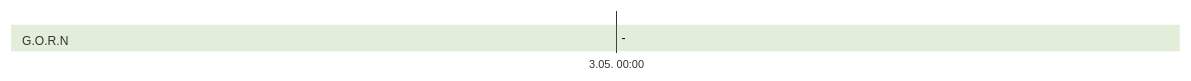
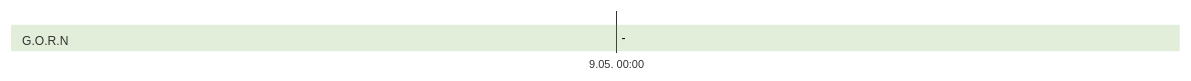
Diagram 16 of 20 in Kampagne/Timeline Kampagne 2.md (LorenJaffrey/DnD_PFT), drawn with Mermaid (forest theme) before and after one commit. The commit also changed other lines of this file, not shown here.

Commit message:
Timeline aktualisiert

````diff
--- a/Kampagne/Timeline Kampagne 2.md
+++ b/Kampagne/Timeline Kampagne 2.md
@@ -191,9 +264,9 @@
 ```mermaid
 gantt
 	dateFormat HH:mm
 	axisFormat %e.%m. %H:%M
 	tickinterval 1hour
-	weekday friday
+	weekday monday
 	section G.O.R.N
-		-: a1, 2024-05-03 00:00, 
+		-: a1, 2024-05-09 00:00, 
 ```
````
